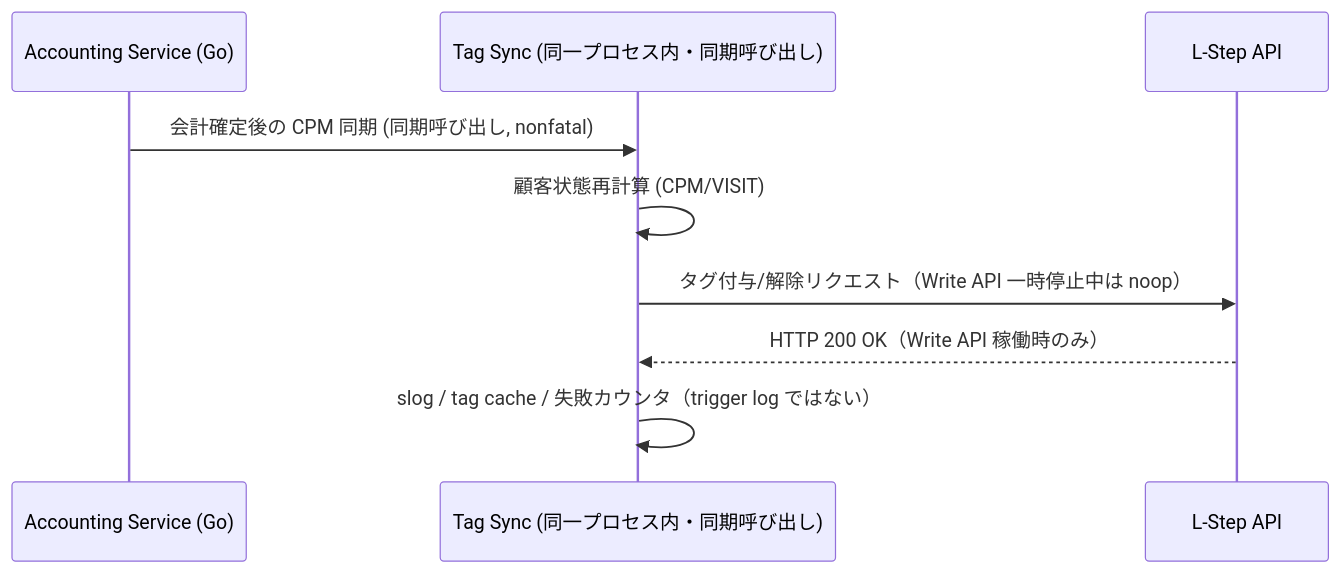
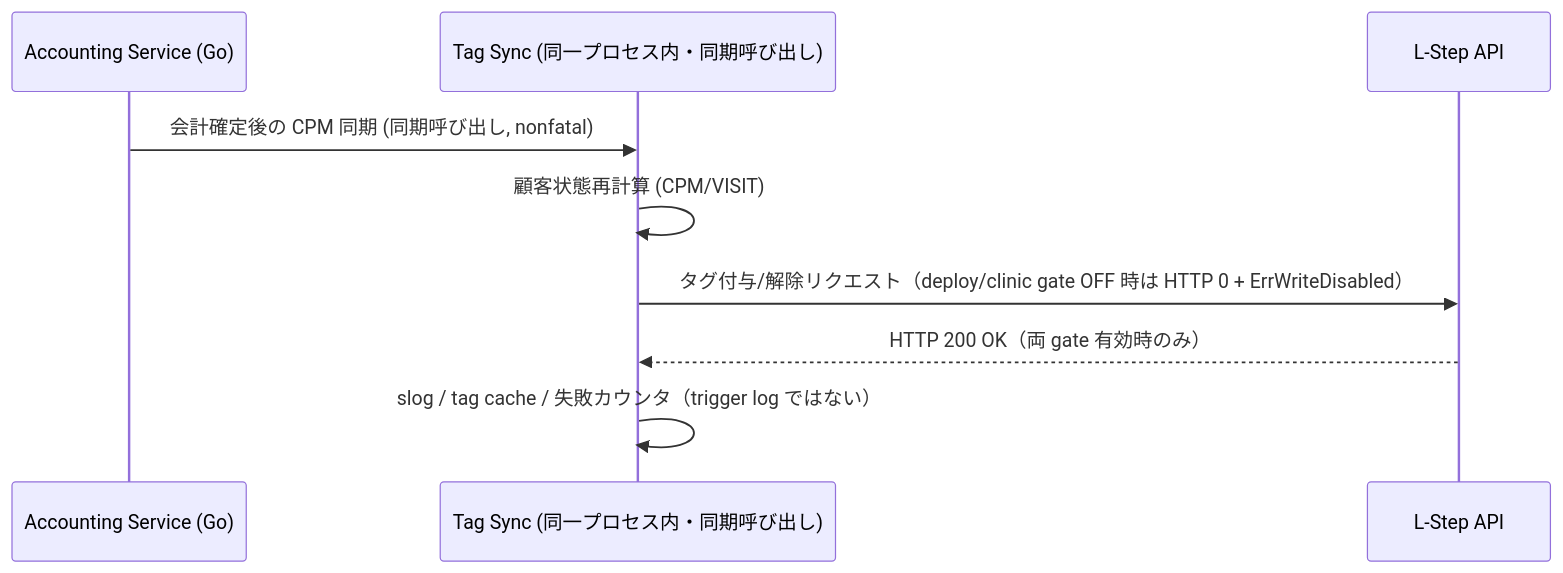
Before and after one commit to MinoruSoga/AnimalEkarte: the diagram in docs/spec/line/architecture.md, drawn with Mermaid. The commit also changed other lines of this file and 7 other files, not shown here.

````diff
--- a/docs/spec/line/architecture.md
+++ b/docs/spec/line/architecture.md
@@ -50,12 +53,12 @@
 ```mermaid
 sequenceDiagram
     participant Billing as Accounting Service (Go)
     participant Sync as Tag Sync (同一プロセス内・同期呼び出し)
     participant LS as L-Step API
 
     Billing->>Sync: 会計確定後の CPM 同期 (同期呼び出し, nonfatal)
     Sync->>Sync: 顧客状態再計算 (CPM/VISIT)
-    Sync->>LS: タグ付与/解除リクエスト（Write API 一時停止中は noop）
-    LS-->>Sync: HTTP 200 OK（Write API 稼働時のみ）
+    Sync->>LS: タグ付与/解除リクエスト（deploy/clinic gate OFF 時は HTTP 0 + ErrWriteDisabled）
+    LS-->>Sync: HTTP 200 OK（両 gate 有効時のみ）
     Sync->>Sync: slog / tag cache / 失敗カウンタ（trigger log ではない）
 ```
````
